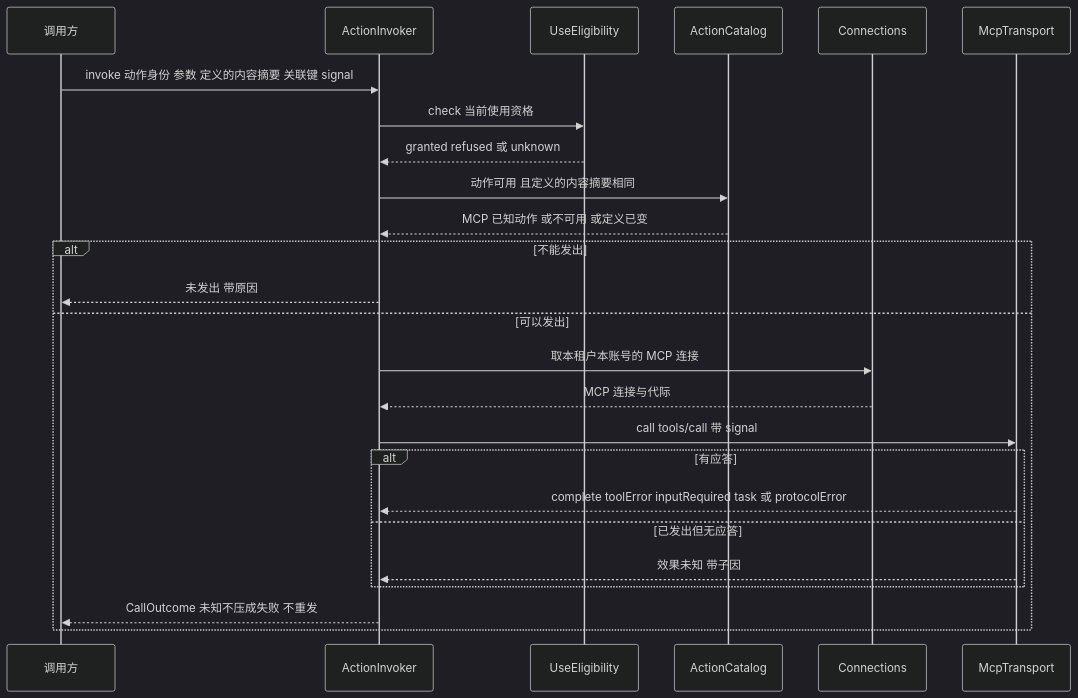
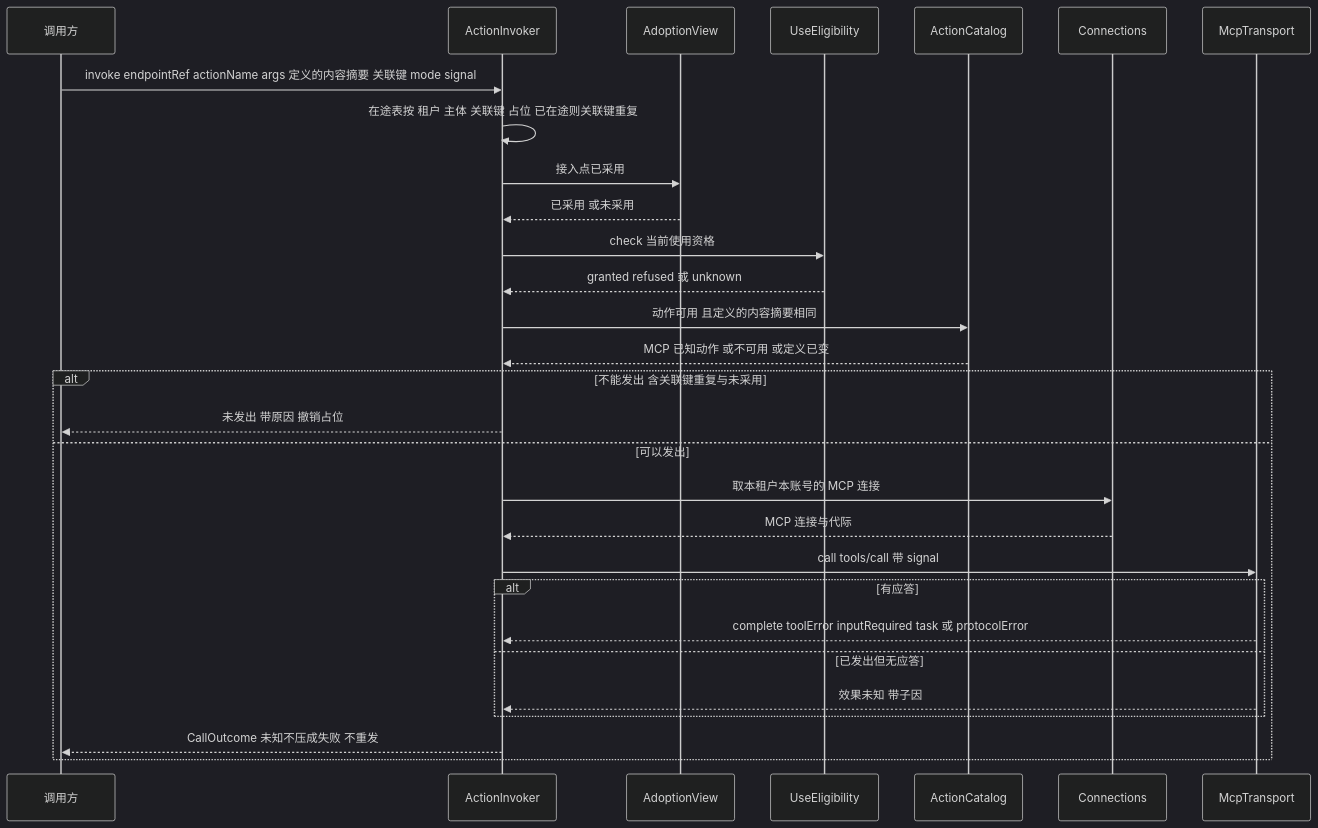
Before and after one commit to nemori-ai/omne-harness-lite: the third of 3 diagrams in packages/mcp/docs/key-flows.md, drawn with Mermaid (dark theme). The commit also changed other lines of this file and 4 other files, not shown here.

````diff
--- a/packages/mcp/docs/key-flows.md
+++ b/packages/mcp/docs/key-flows.md
@@ -92,27 +105,31 @@
 ```mermaid
 sequenceDiagram
     participant T as 调用方
     participant I as ActionInvoker
+    participant V as AdoptionView
     participant E as UseEligibility
     participant K as ActionCatalog
     participant N as Connections
     participant R as McpTransport
-    T->>I: invoke 动作身份 参数 定义的内容摘要 关联键 signal
+    T->>I: invoke endpointRef actionName args 定义的内容摘要 关联键 mode signal
+    I->>I: 在途表按 租户 主体 关联键 占位 已在途则关联键重复
+    I->>V: 接入点已采用
+    V-->>I: 已采用 或未采用
     I->>E: check 当前使用资格
     E-->>I: granted refused 或 unknown
     I->>K: 动作可用 且定义的内容摘要相同
     K-->>I: MCP 已知动作 或不可用 或定义已变
-    alt 不能发出
-        I-->>T: 未发出 带原因
+    alt 不能发出 含关联键重复与未采用
+        I-->>T: 未发出 带原因 撤销占位
     else 可以发出
         I->>N: 取本租户本账号的 MCP 连接
         N-->>I: MCP 连接与代际
         I->>R: call tools/call 带 signal
         alt 有应答
             R-->>I: complete toolError inputRequired task 或 protocolError
         else 已发出但无应答
             R-->>I: 效果未知 带子因
         end
         I-->>T: CallOutcome 未知不压成失败 不重发
     end
 ```
````
